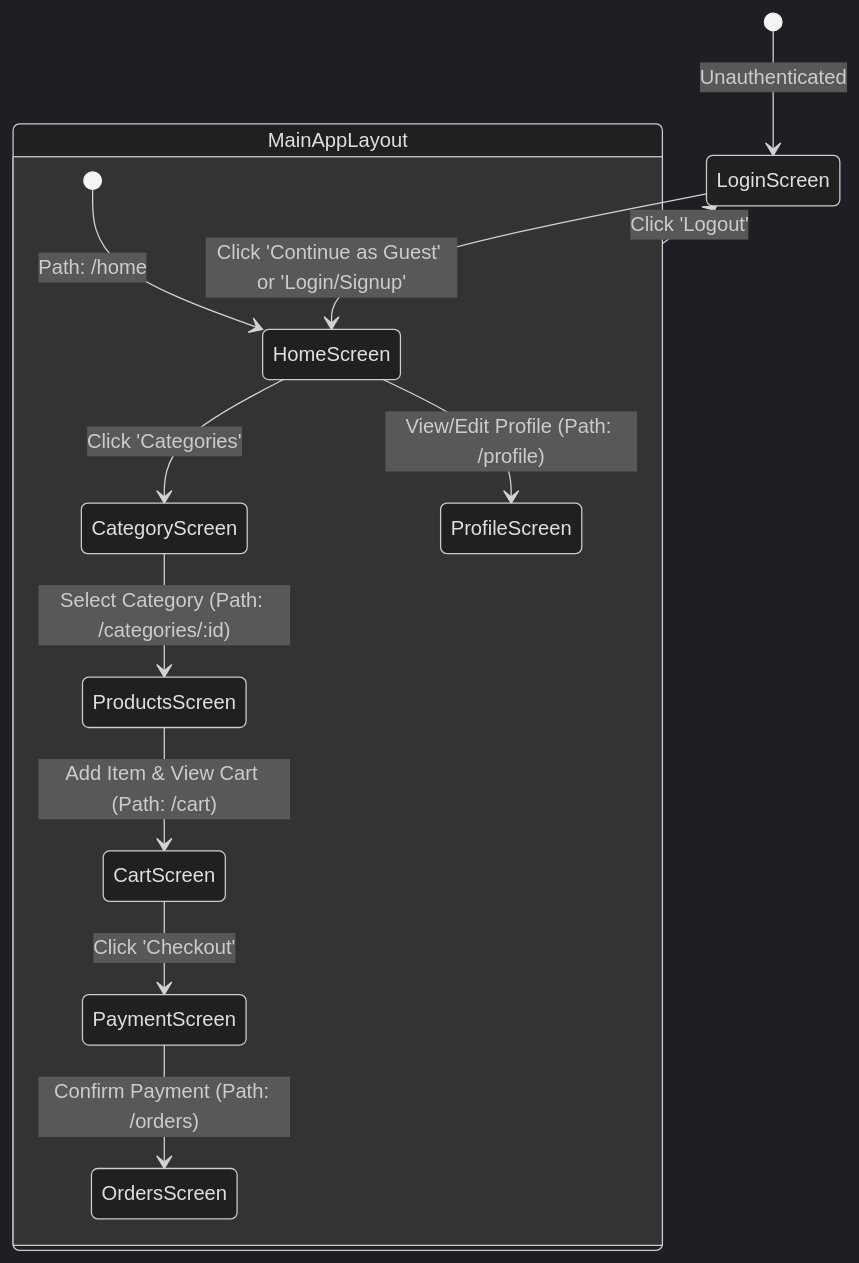
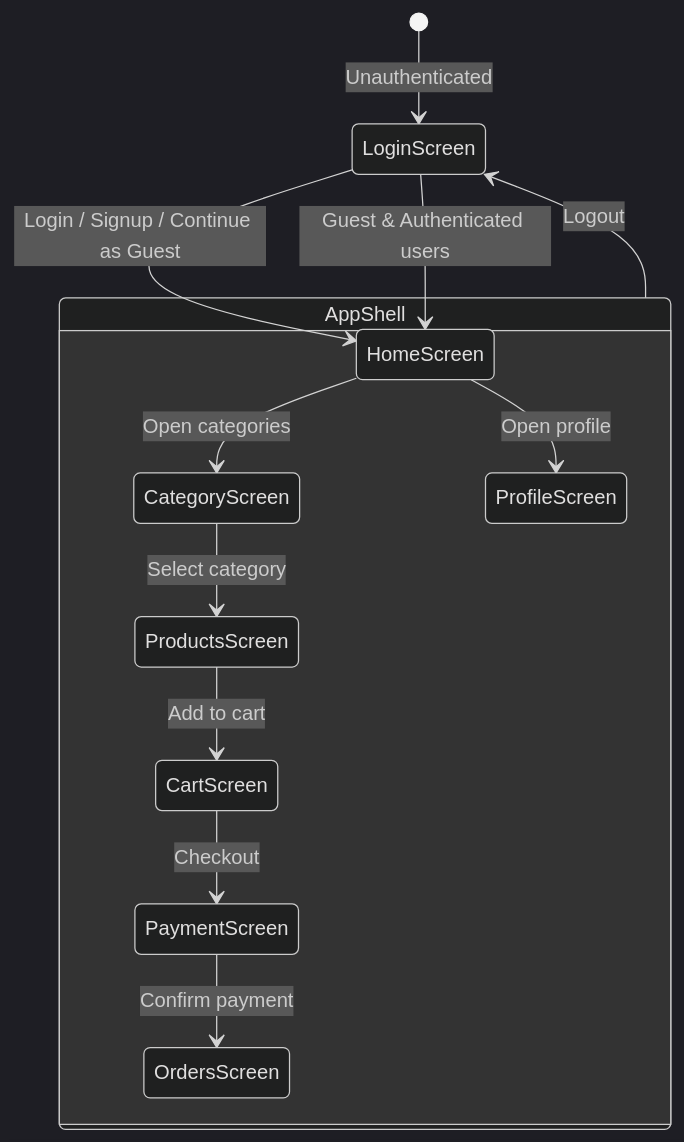
The second of 2 diagrams in README.md (AdityaUpadhyay2610/grocart-webapp), drawn with Mermaid (dark theme) before and after one commit. The commit also changed other lines of this file, not shown here.

````diff
--- a/README.md
+++ b/README.md
@@ -88,17 +99,17 @@
 ```mermaid
 stateDiagram-v2
   [*] --> LoginScreen : Unauthenticated
-  LoginScreen --> HomeScreen : Click 'Continue as Guest' or 'Login/Signup'
-  
-  state MainAppLayout {
-    [*] --> HomeScreen : Path: /home
-    HomeScreen --> CategoryScreen : Click 'Categories'
-    CategoryScreen --> ProductsScreen : Select Category (Path: /categories/:id)
-    ProductsScreen --> CartScreen : Add Item & View Cart (Path: /cart)
-    CartScreen --> PaymentScreen : Click 'Checkout'
-    PaymentScreen --> OrdersScreen : Confirm Payment (Path: /orders)
-    HomeScreen --> ProfileScreen : View/Edit Profile (Path: /profile)
+  LoginScreen --> HomeScreen : Login / Signup / Continue as Guest
+
+  state AppShell {
+    HomeScreen --> CategoryScreen : Open categories
+    CategoryScreen --> ProductsScreen : Select category
+    ProductsScreen --> CartScreen : Add to cart
+    CartScreen --> PaymentScreen : Checkout
+    PaymentScreen --> OrdersScreen : Confirm payment
+    HomeScreen --> ProfileScreen : Open profile
   }
-  
-  MainAppLayout --> LoginScreen : Click 'Logout'
+
+  AppShell --> LoginScreen : Logout
+  LoginScreen --> HomeScreen : Guest & Authenticated users
 ```
````
